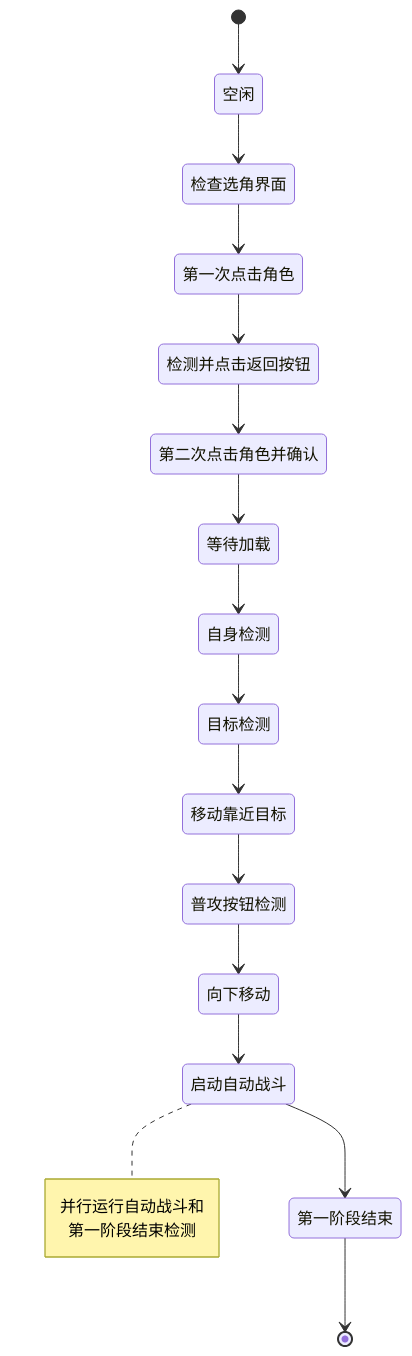
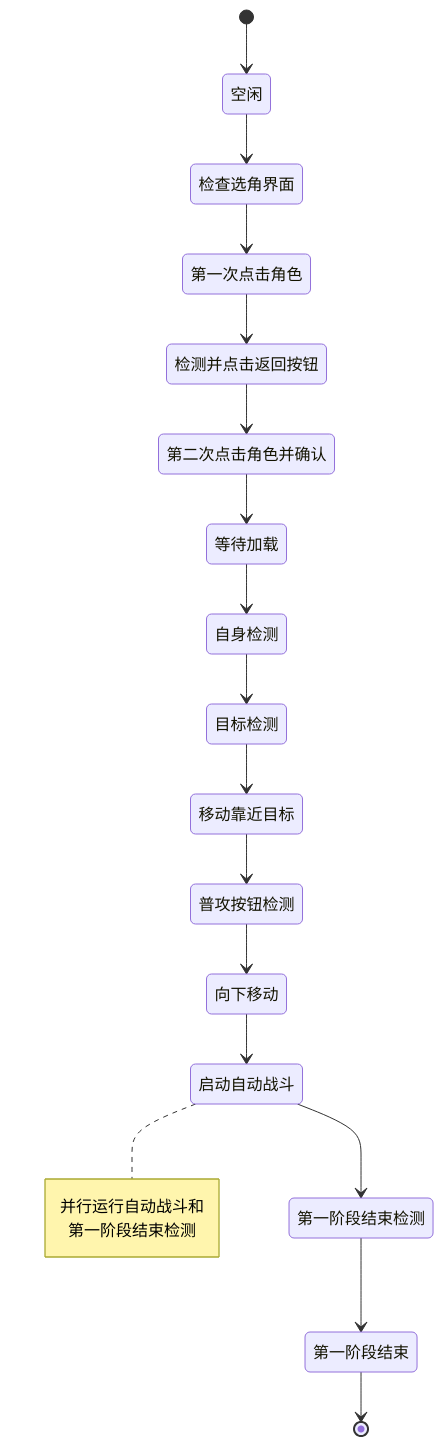
Before and after one commit to xsy098-max/ok-jump: the second of 5 diagrams in .qoder/repowiki/zh/content/Tutorial Phase1 Handler.md, drawn with Mermaid. The commit also changed other lines of this file and 14 other files, not shown here.

````diff
--- a/.qoder/repowiki/zh/content/Tutorial Phase1 Handler.md
+++ b/.qoder/repowiki/zh/content/Tutorial Phase1 Handler.md
@@ -105,21 +118,22 @@
 ```mermaid
 stateDiagram-v2
 [*] --> 空闲
 空闲 --> 检查选角界面
 检查选角界面 --> 第一次点击角色
 第一次点击角色 --> 检测并点击返回按钮
 检测并点击返回按钮 --> 第二次点击角色并确认
 第二次点击角色并确认 --> 等待加载
 等待加载 --> 自身检测
 自身检测 --> 目标检测
 目标检测 --> 移动靠近目标
 移动靠近目标 --> 普攻按钮检测
 普攻按钮检测 --> 向下移动
 向下移动 --> 启动自动战斗
-启动自动战斗 --> 第一阶段结束
+启动自动战斗 --> 第一阶段结束检测
+第一阶段结束检测 --> 第一阶段结束
 第一阶段结束 --> [*]
 note right of 启动自动战斗
 并行运行自动战斗和
 第一阶段结束检测
 end note
 ```
````
